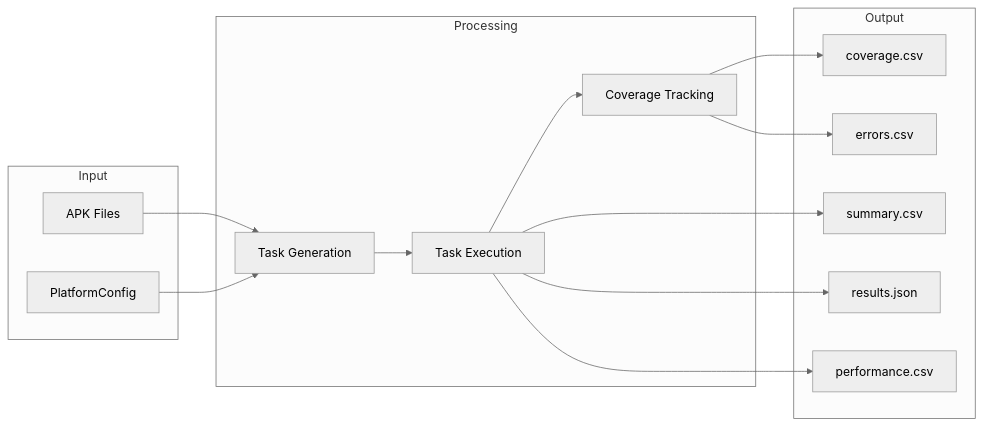
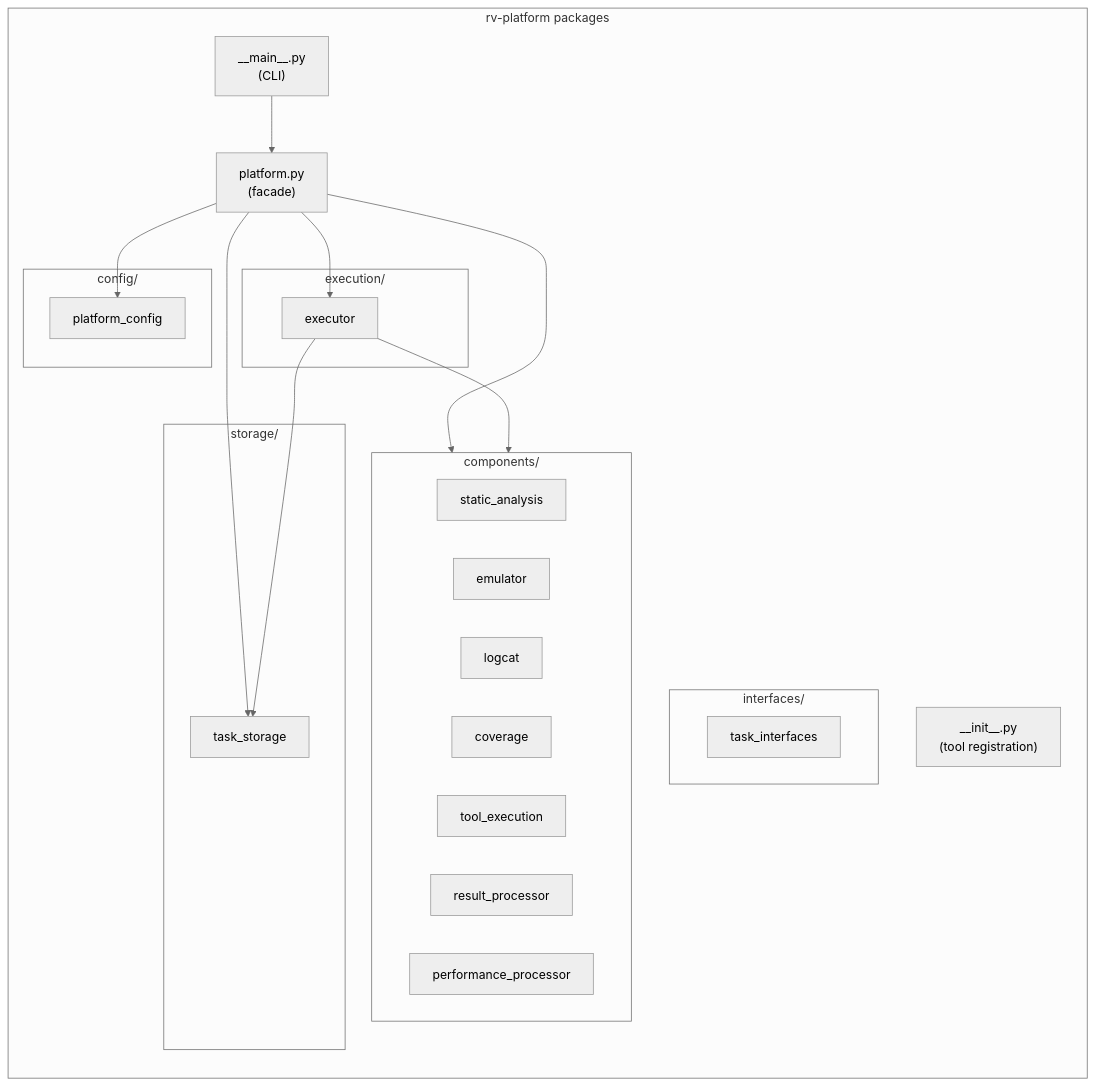
Before and after one commit to PAMunb/rvsec: the third of 6 diagrams in rv-android/modules/rv-platform/docs/architecture.md, drawn with Mermaid. The commit also changed other lines of this file and 7 other files, not shown here.

First line of the commit message:
test: add resume coverage for rv-platform and rv-experiment + update architecture docs

````diff
--- a/rv-android/modules/rv-platform/docs/architecture.md
+++ b/rv-android/modules/rv-platform/docs/architecture.md
@@ -236,32 +269,44 @@
 ```mermaid
 %%{init: {'theme': 'neutral'}}%%
-flowchart LR
-    subgraph Input["Input"]
-        APKs["APK Files"]
-        Config["PlatformConfig"]
+flowchart TB
+    subgraph PlatformPkg["rv-platform packages"]
+        direction TB
+        InitModule["__init__.py<br/>(tool registration)"]
+        MainModule["__main__.py<br/>(CLI)"]
+        PlatformModule["platform.py<br/>(facade)"]
+
+        subgraph ConfigPkg["config/"]
+            PlatformConfigModule["platform_config"]
+        end
+
+        subgraph ExecPkg["execution/"]
+            ExecutorModule["executor"]
+        end
+
+        subgraph CompPkg["components/"]
+            StaticComp["static_analysis"]
+            EmulatorComp["emulator"]
+            LogcatComp["logcat"]
+            CoverageComp["coverage"]
+            ToolExecComp["tool_execution"]
+            ResultComp["result_processor"]
+            PerfComp["performance_processor"]
+        end
+
+        subgraph InterfacesPkg["interfaces/"]
+            TaskInterfaces["task_interfaces"]
+        end
+
+        subgraph StoragePkg["storage/"]
+            TaskStorageModule["task_storage"]
+        end
     end
 
-    subgraph Processing["Processing"]
-        TaskGen["Task Generation"]
-        TaskExec["Task Execution"]
-        Coverage["Coverage Tracking"]
-    end
-
-    subgraph Output["Output"]
-        CoverageCSV["coverage.csv"]
-        ErrorsCSV["errors.csv"]
-        SummaryCSV["summary.csv"]
-        ResultsJSON["results.json"]
-        PerformanceCSV["performance.csv"]
-    end
-
-    APKs --> TaskGen
-    Config --> TaskGen
-    TaskGen --> TaskExec
-    TaskExec --> Coverage
-    Coverage --> CoverageCSV
-    Coverage --> ErrorsCSV
-    TaskExec --> SummaryCSV
-    TaskExec --> ResultsJSON
-    TaskExec --> PerformanceCSV
+    MainModule --> PlatformModule
+    PlatformModule --> PlatformConfigModule
+    PlatformModule --> ExecutorModule
+    PlatformModule --> CompPkg
+    PlatformModule --> TaskStorageModule
+    ExecutorModule --> CompPkg
+    ExecutorModule --> TaskStorageModule
 ```
````
